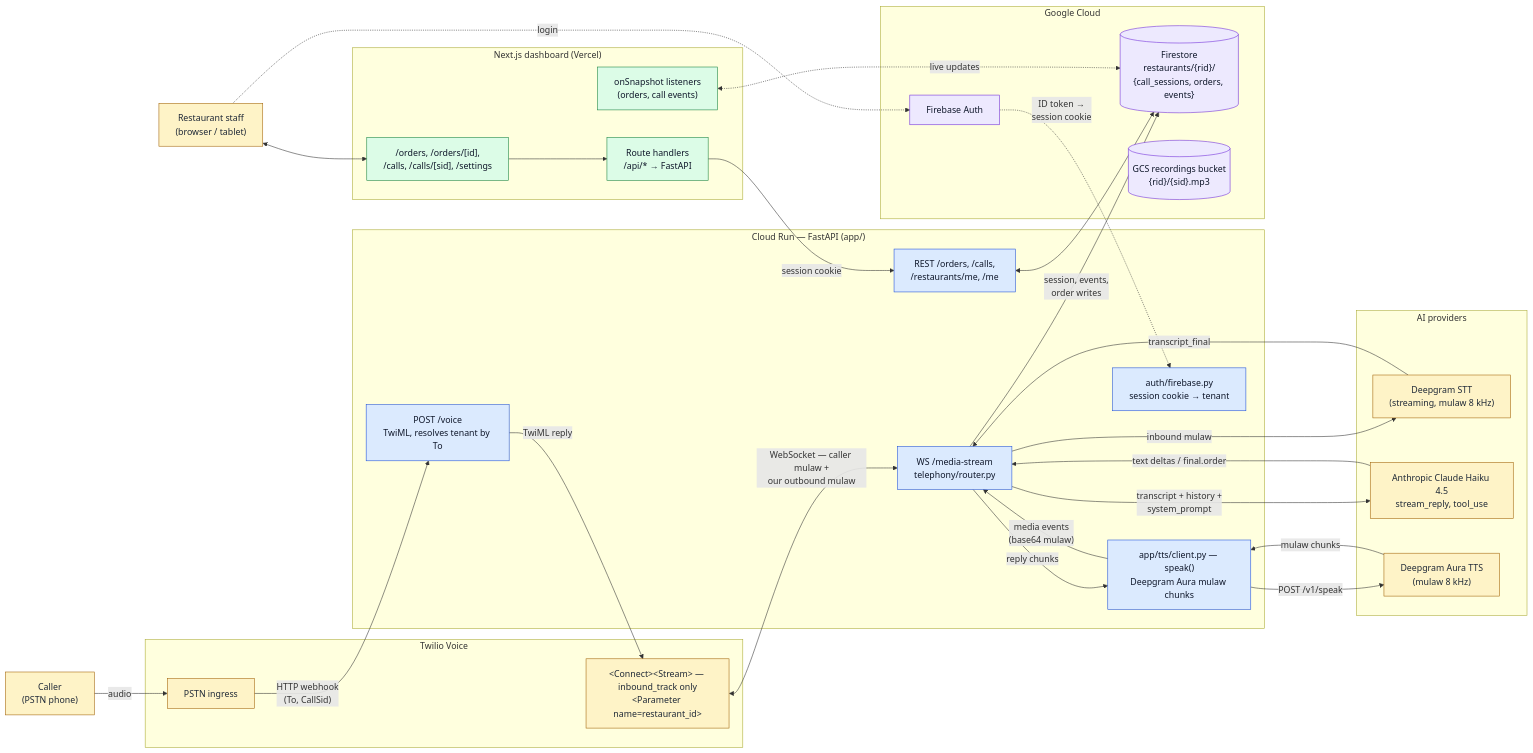
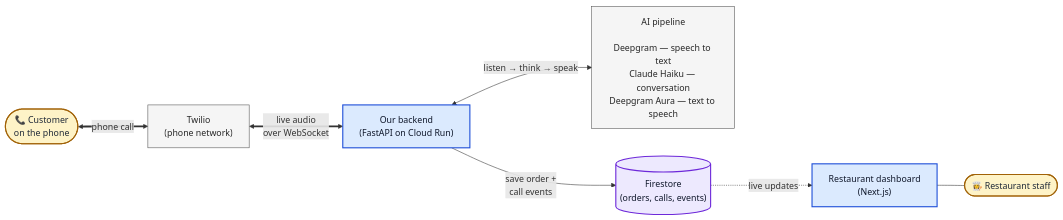
The diagram in docs/diagrams/system-overview.mmd (tsuki-works/niko), drawn with Mermaid before and after one commit. The commit also changed 5 other files, not shown here.

First line of the commit message:
docs: rewrite diagrams for clarity (v2)

```diff
--- a/docs/diagrams/system-overview.mmd
+++ b/docs/diagrams/system-overview.mmd
@@ -1,69 +1,27 @@
-%% niko system overview — current master (regenerate with mmdc -i system-overview.mmd -o system-overview.svg)
+%% niko system overview — what happens when someone calls a restaurant
+%% regenerate: npx -p @mermaid-js/mermaid-cli mmdc -i system-overview.mmd -o system-overview.svg -b transparent
 flowchart LR
-  caller["Caller<br/>(PSTN phone)"]
+  customer(["📞 Customer<br/>on the phone"])
+  twilio["Twilio<br/>(phone network)"]
+  backend["Our backend<br/>(FastAPI on Cloud Run)"]
+  ai["AI pipeline<br/><br/>Deepgram — speech to text<br/>Claude Haiku — conversation<br/>Deepgram Aura — text to speech"]
+  firestore[("Firestore<br/>(orders, calls, events)")]
+  dashboard["Restaurant dashboard<br/>(Next.js)"]
+  staff(["👩‍🍳 Restaurant staff"])
 
-  subgraph Twilio["Twilio Voice"]
-    twilio_pstn["PSTN ingress"]
-    twilio_stream["&lt;Connect&gt;&lt;Stream&gt; — inbound_track only<br/>&lt;Parameter name=restaurant_id&gt;"]
-  end
+  customer <==>|phone call| twilio
+  twilio <==>|live audio<br/>over WebSocket| backend
+  backend <-->|listen → think → speak| ai
+  backend -->|save order +<br/>call events| firestore
+  firestore -.->|live updates| dashboard
+  dashboard --- staff
 
-  subgraph CloudRun["Cloud Run — FastAPI (app/)"]
-    voice["POST /voice<br/>TwiML, resolves tenant by To"]
-    ws["WS /media-stream<br/>telephony/router.py"]
-    tts["app/tts/client.py — speak()<br/>Deepgram Aura mulaw chunks"]
-    rest["REST /orders, /calls,<br/>/restaurants/me, /me"]
-    auth["auth/firebase.py<br/>session cookie → tenant"]
-  end
+  classDef person fill:#fef3c7,stroke:#a16207,color:#1f2937,stroke-width:2px;
+  classDef ours fill:#dbeafe,stroke:#1d4ed8,color:#0f172a,stroke-width:2px;
+  classDef external fill:#f5f5f5,stroke:#525252,color:#262626,stroke-width:1px;
+  classDef store fill:#ede9fe,stroke:#6d28d9,color:#0f172a,stroke-width:2px;
 
-  subgraph AI["AI providers"]
-    stt["Deepgram STT<br/>(streaming, mulaw 8 kHz)"]
-    llm["Anthropic Claude Haiku 4.5<br/>stream_reply, tool_use"]
-    aura["Deepgram Aura TTS<br/>(mulaw 8 kHz)"]
-  end
-
-  subgraph GCP["Google Cloud"]
-    fs[("Firestore<br/>restaurants/{rid}/<br/>{call_sessions, orders, events}")]
-    gcs[("GCS recordings bucket<br/>{rid}/{sid}.mp3")]
-    fbauth["Firebase Auth"]
-  end
-
-  subgraph Dash["Next.js dashboard (Vercel)"]
-    pages["/orders, /orders/[id],<br/>/calls, /calls/[sid], /settings"]
-    proxy["Route handlers<br/>/api/* → FastAPI"]
-    snap["onSnapshot listeners<br/>(orders, call events)"]
-  end
-
-  staff["Restaurant staff<br/>(browser / tablet)"]
-
-  caller -- "audio" --> twilio_pstn
-  twilio_pstn -- "HTTP webhook<br/>(To, CallSid)" --> voice
-  voice -- "TwiML reply" --> twilio_stream
-  twilio_stream <-- "WebSocket — caller mulaw +<br/>our outbound mulaw" --> ws
-
-  ws -- "inbound mulaw" --> stt
-  stt -- "transcript_final" --> ws
-  ws -- "transcript + history +<br/>system_prompt" --> llm
-  llm -- "text deltas / final.order" --> ws
-  ws -- "reply chunks" --> tts
-  tts -- "POST /v1/speak" --> aura
-  aura -- "mulaw chunks" --> tts
-  tts -- "media events<br/>(base64 mulaw)" --> ws
-
-  ws -- "session, events,<br/>order writes" --> fs
-  rest <--> fs
-
-  staff <--> pages
-  pages --> proxy
-  proxy -- "session cookie" --> rest
-  snap <-. "live updates" .-> fs
-  staff -. "login" .-> fbauth
-  fbauth -. "ID token →<br/>session cookie" .-> auth
-
-  classDef ext fill:#fef3c7,stroke:#a16207,color:#1f2937;
-  classDef be  fill:#dbeafe,stroke:#1d4ed8,color:#0f172a;
-  classDef fe  fill:#dcfce7,stroke:#15803d,color:#0f172a;
-  classDef gcp fill:#ede9fe,stroke:#6d28d9,color:#0f172a;
-  class caller,twilio_pstn,twilio_stream,stt,aura,llm,staff ext;
-  class voice,ws,tts,rest,auth be;
-  class pages,proxy,snap fe;
-  class fs,gcs,fbauth gcp;
+  class customer,staff person;
+  class backend,dashboard ours;
+  class twilio,ai external;
+  class firestore store;
```
